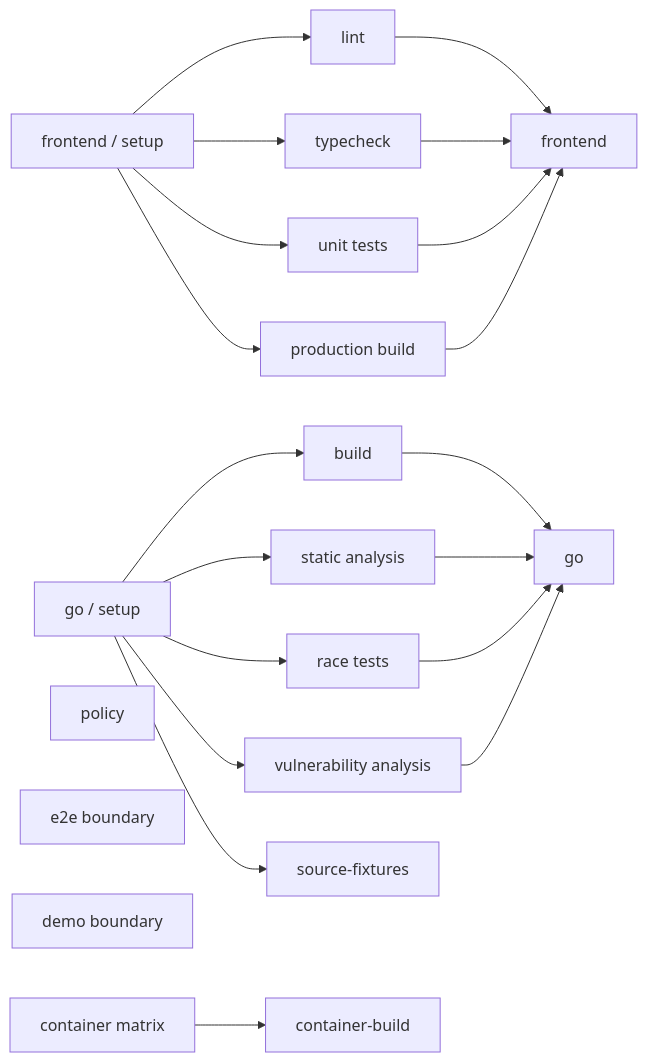
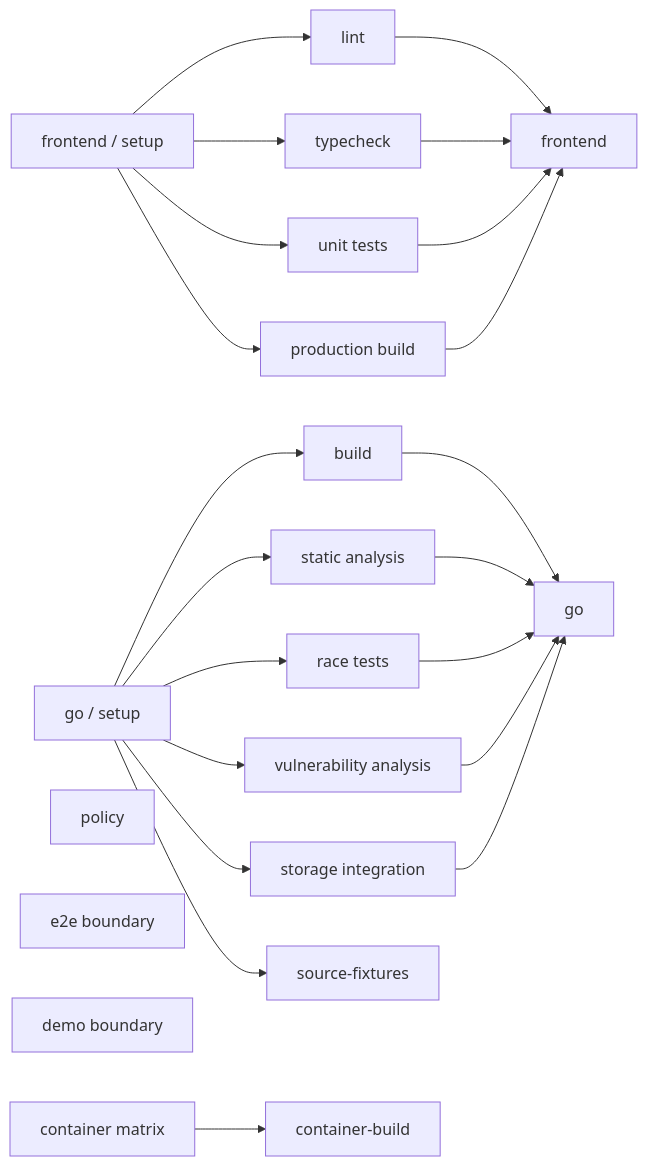
Before and after one commit to traweezy/relantern: the diagram in docs/adr/011-parallel-github-actions.md, drawn with Mermaid. The commit also changed other lines of this file and 3 other files, not shown here.

First line of the commit message:
chore(ci): add object storage integration gate

````diff
--- a/docs/adr/011-parallel-github-actions.md
+++ b/docs/adr/011-parallel-github-actions.md
@@ -50,26 +50,28 @@
 ```mermaid
 flowchart LR
   FS[frontend / setup] --> FL[lint]
   FS --> FT[typecheck]
   FS --> FU[unit tests]
   FS --> FB[production build]
   FL --> F[frontend]
   FT --> F
   FU --> F
   FB --> F
 
   GS[go / setup] --> GB[build]
   GS --> GA[static analysis]
   GS --> GT[race tests]
   GS --> GV[vulnerability analysis]
+  GS --> SI[storage integration]
   GS --> S[source-fixtures]
   GB --> G[go]
   GA --> G
   GT --> G
   GV --> G
+  SI --> G
 
   P[policy]
   E[e2e boundary]
   D[demo boundary]
   C[container matrix] --> CA[container-build]
 ```
````
